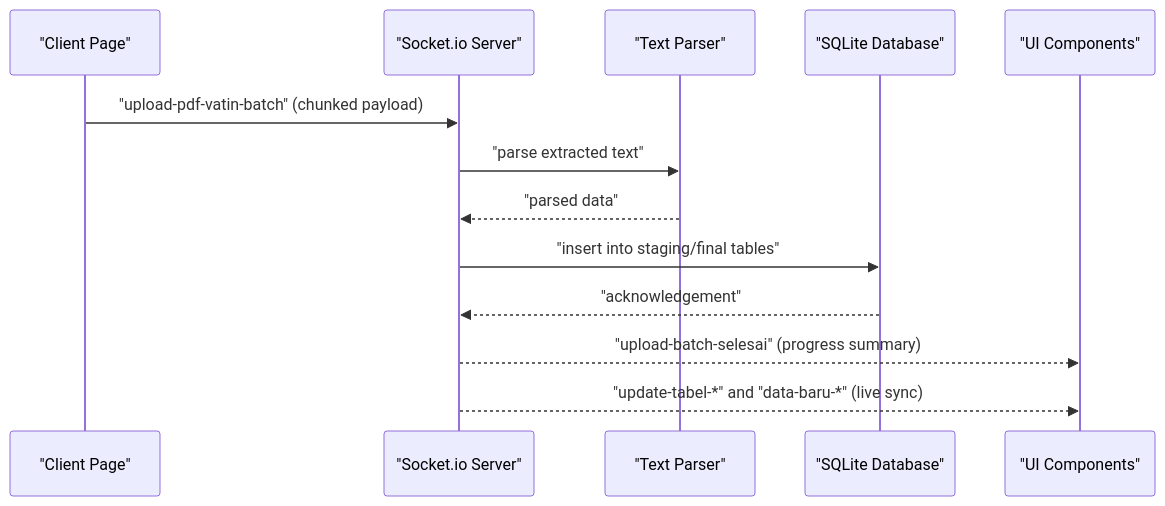
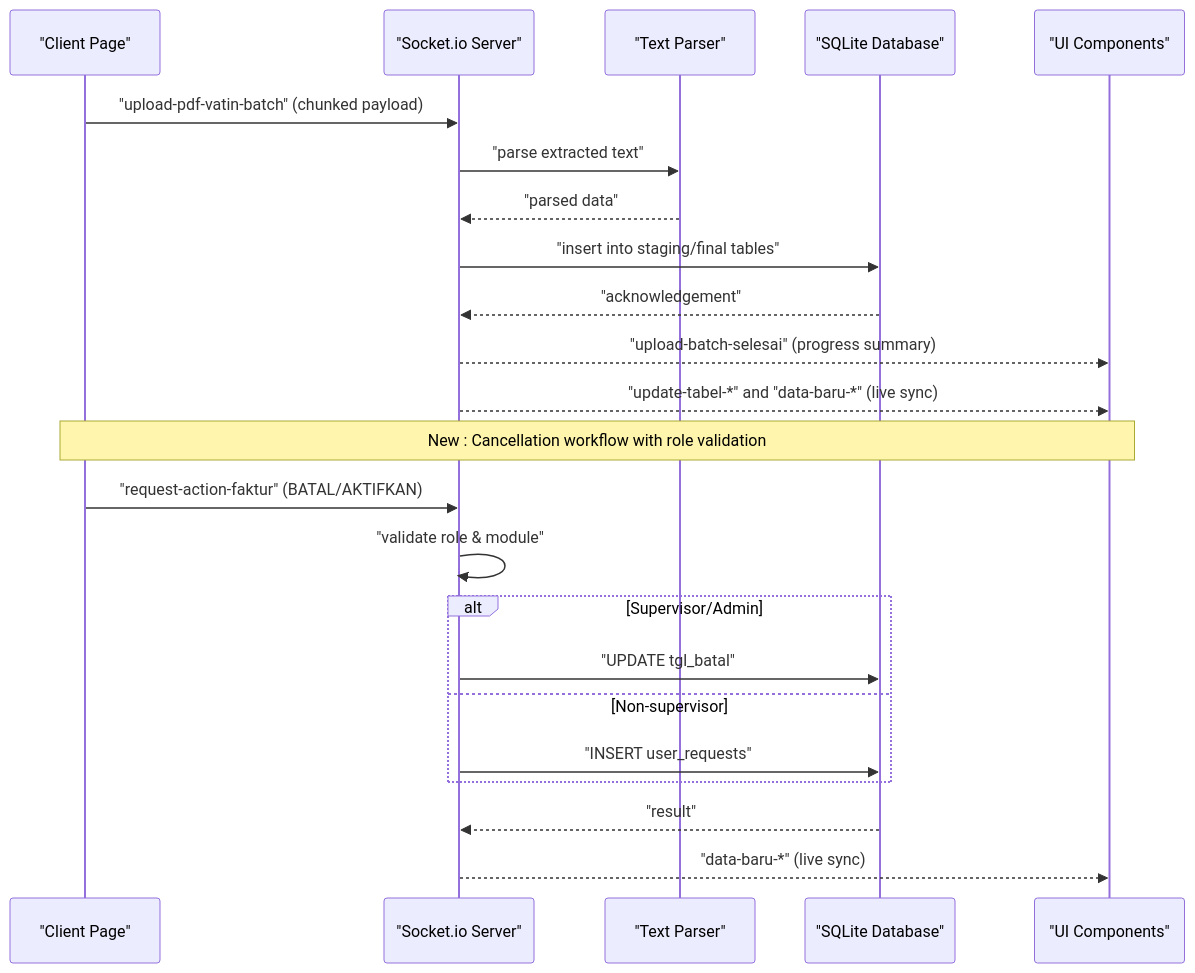
Before and after one commit to rendisiagian/TDS_by_RENDISIAGIAN: the second of 9 diagrams in .qoder/repowiki/en/content/API Reference/Socket.io Events.md, drawn with Mermaid. The commit also changed other lines of this file and 38 other files, not shown here.

````diff
--- a/.qoder/repowiki/en/content/API Reference/Socket.io Events.md
+++ b/.qoder/repowiki/en/content/API Reference/Socket.io Events.md
@@ -86,15 +100,25 @@
 ```mermaid
 sequenceDiagram
 participant Client as "Client Page"
 participant Socket as "Socket.io Server"
 participant Parser as "Text Parser"
 participant DB as "SQLite Database"
 participant UI as "UI Components"
 Client->>Socket : "upload-pdf-vatin-batch" (chunked payload)
 Socket->>Parser : "parse extracted text"
 Parser-->>Socket : "parsed data"
 Socket->>DB : "insert into staging/final tables"
 DB-->>Socket : "acknowledgement"
 Socket-->>UI : "upload-batch-selesai" (progress summary)
 Socket-->>UI : "update-tabel-*" and "data-baru-*" (live sync)
+Note over Client,UI : New : Cancellation workflow with role validation
+Client->>Socket : "request-action-faktur" (BATAL/AKTIFKAN)
+Socket->>Socket : "validate role & module"
+alt Supervisor/Admin
+Socket->>DB : "UPDATE tgl_batal"
+else Non-supervisor
+Socket->>DB : "INSERT user_requests"
+end
+DB-->>Socket : "result"
+Socket-->>UI : "data-baru-*" (live sync)
 ```
````
